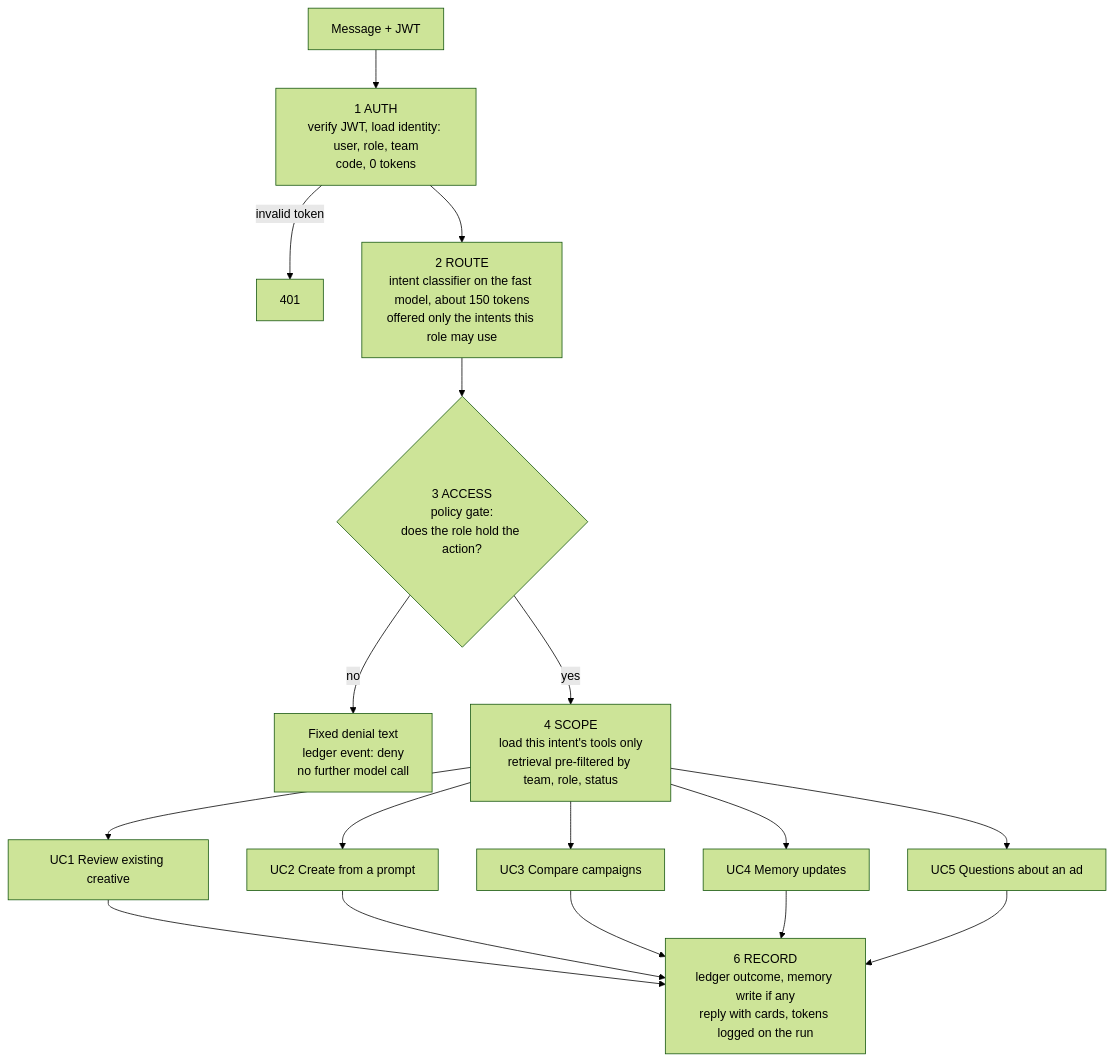
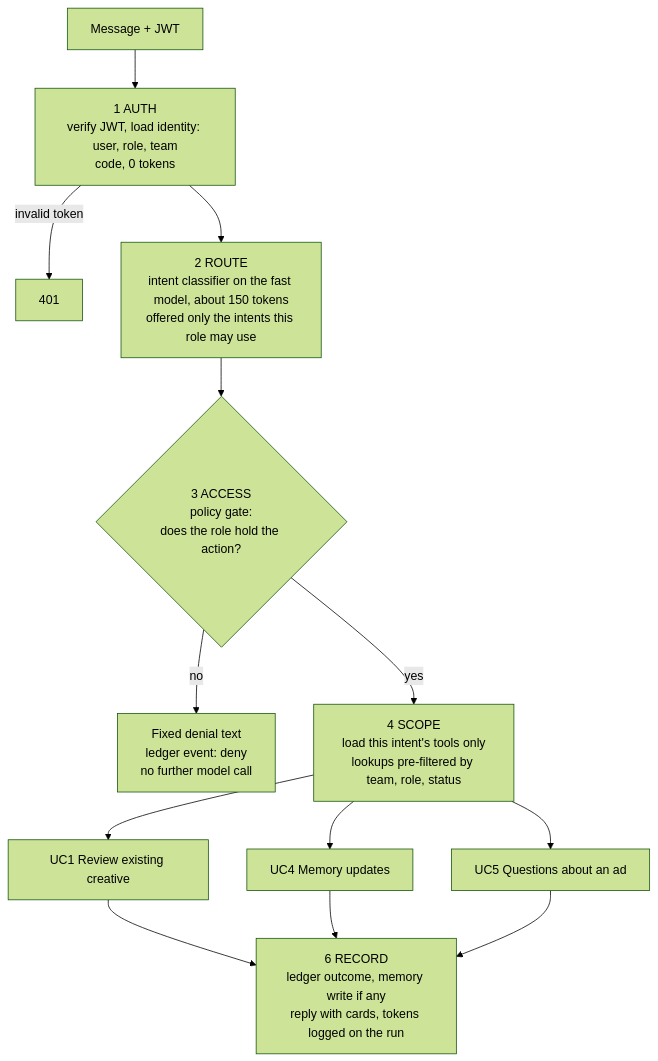
The first of 4 diagrams in docs/FLOWS.md (tusharraju7/mongodb-hackathon), drawn with Mermaid (forest theme) before and after one commit. The commit also changed other lines of this file and 7 other files, not shown here.

````diff
--- a/docs/FLOWS.md
+++ b/docs/FLOWS.md
@@ -19,19 +21,15 @@
 ```mermaid
 flowchart TD
   IN["Message + JWT"] --> AUTH["1 AUTH<br/>verify JWT, load identity: user, role, team<br/>code, 0 tokens"]
   AUTH -->|"invalid token"| R401["401"]
   AUTH --> ROUTE["2 ROUTE<br/>intent classifier on the fast model, about 150 tokens<br/>offered only the intents this role may use"]
   ROUTE --> ACCESS{"3 ACCESS<br/>policy gate:<br/>does the role hold the action?"}
   ACCESS -->|"no"| DENY["Fixed denial text<br/>ledger event: deny<br/>no further model call"]
-  ACCESS -->|"yes"| SCOPE["4 SCOPE<br/>load this intent's tools only<br/>retrieval pre-filtered by team, role, status"]
+  ACCESS -->|"yes"| SCOPE["4 SCOPE<br/>load this intent's tools only<br/>lookups pre-filtered by team, role, status"]
   SCOPE --> UC1["UC1 Review existing creative"]
-  SCOPE --> UC2["UC2 Create from a prompt"]
-  SCOPE --> UC3["UC3 Compare campaigns"]
   SCOPE --> UC4["UC4 Memory updates"]
   SCOPE --> UC5["UC5 Questions about an ad"]
   UC1 --> REC["6 RECORD<br/>ledger outcome, memory write if any<br/>reply with cards, tokens logged on the run"]
-  UC2 --> REC
-  UC3 --> REC
   UC4 --> REC
   UC5 --> REC
 ```
````
